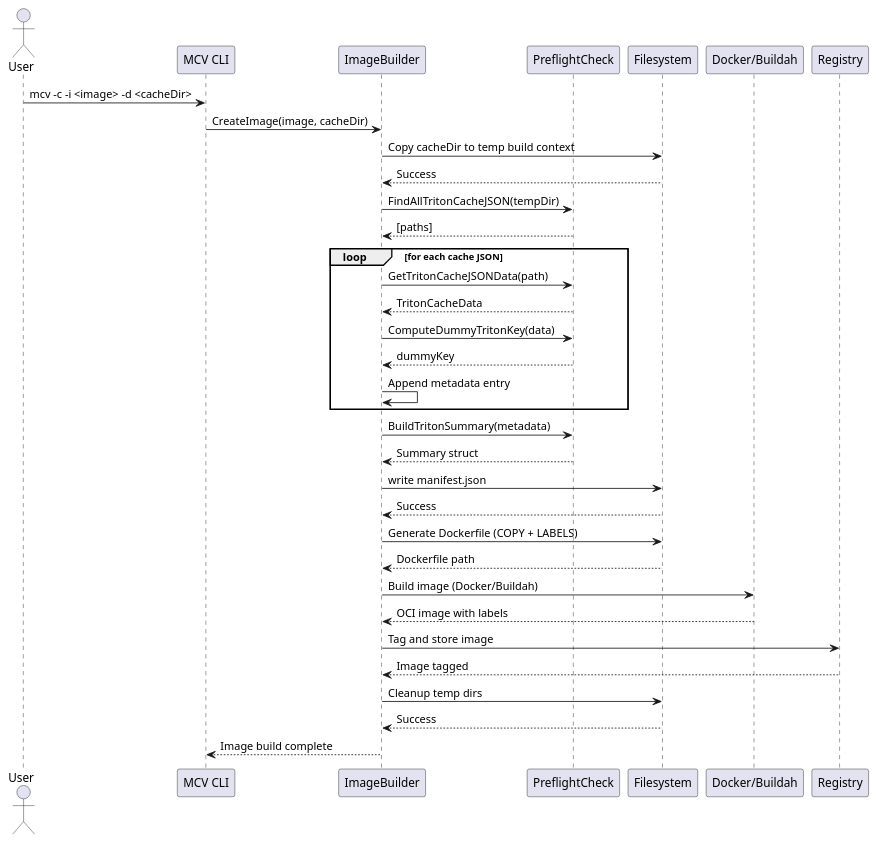
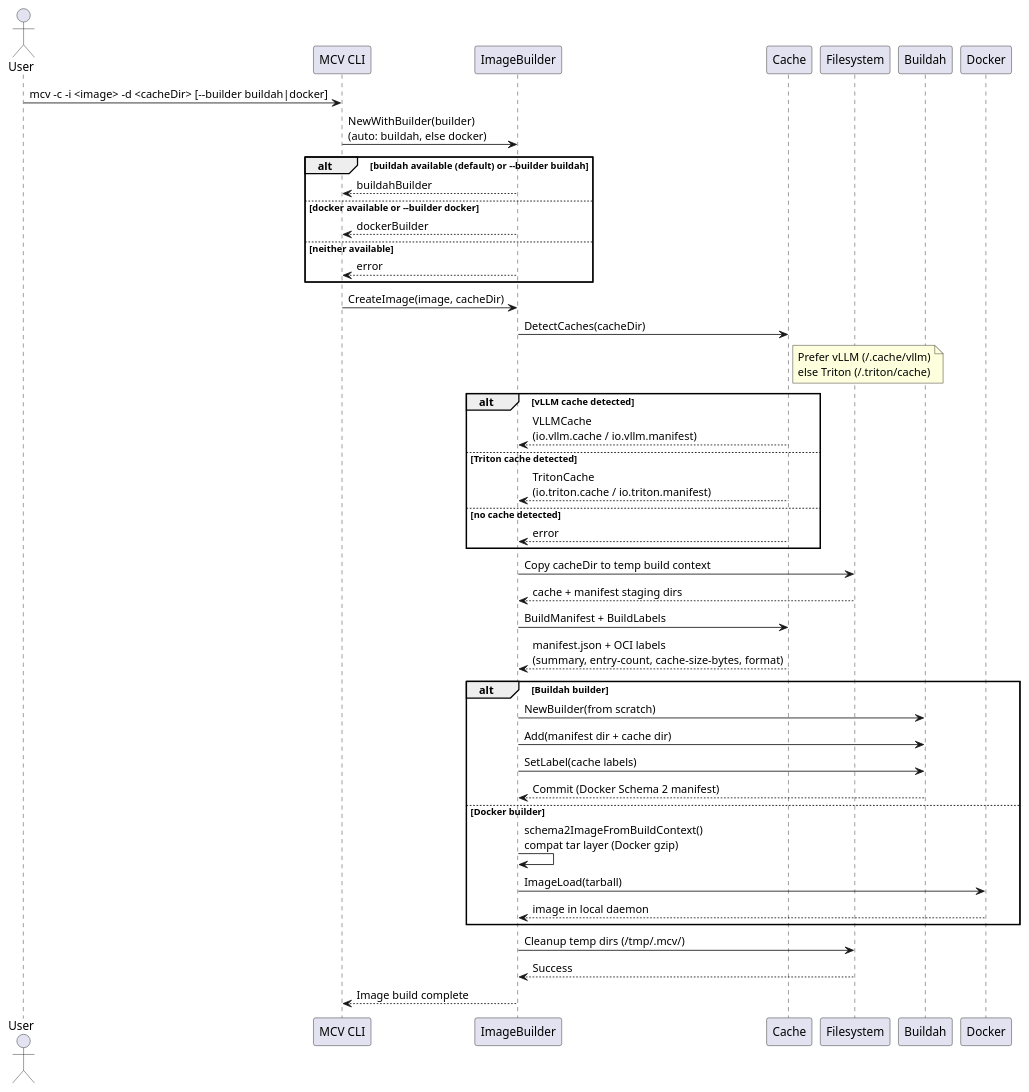
Before and after one commit to redhat-et/GKM: the diagram in mcv/docs/puml/create.puml, drawn with PlantUML. The commit also changed 3 other files, not shown here.

Commit message:
mcv: update plantuml files

```diff
--- a/mcv/docs/puml/create.puml
+++ b/mcv/docs/puml/create.puml
@@ -1,48 +1,58 @@
 @startuml
 actor User
 participant "MCV CLI" as CLI
 participant "ImageBuilder" as Builder
-participant "PreflightCheck" as Check
+participant "Cache" as Cache
 participant "Filesystem" as FS
-participant "Docker/Buildah" as Backend
-participant "Registry" as Registry
+participant "Buildah" as Buildah
+participant "Docker" as Docker
 
-User -> CLI : mcv -c -i <image> -d <cacheDir>
+User -> CLI : mcv -c -i <image> -d <cacheDir> [--builder buildah|docker]
+CLI -> Builder : NewWithBuilder(builder)\n(auto: buildah, else docker)
+
+alt buildah available (default) or --builder buildah
+    Builder --> CLI : buildahBuilder
+else docker available or --builder docker
+    Builder --> CLI : dockerBuilder
+else neither available
+    Builder --> CLI : error
+end
+
 CLI -> Builder : CreateImage(image, cacheDir)
 
-Builder -> FS : Copy cacheDir to temp build context
-FS --> Builder : Success
+Builder -> Cache : DetectCaches(cacheDir)
+note right of Cache
+  Prefer vLLM (~/.cache/vllm)
+  else Triton (~/.triton/cache)
+end note
 
-Builder -> Check : FindAllTritonCacheJSON(tempDir)
-Check --> Builder : [paths]
-
-loop for each cache JSON
-    Builder -> Check : GetTritonCacheJSONData(path)
-    Check --> Builder : TritonCacheData
-
-    Builder -> Check : ComputeDummyTritonKey(data)
-    Check --> Builder : dummyKey
-
-    Builder -> Builder : Append metadata entry
+alt vLLM cache detected
+    Cache --> Builder : VLLMCache\n(io.vllm.cache / io.vllm.manifest)
+else Triton cache detected
+    Cache --> Builder : TritonCache\n(io.triton.cache / io.triton.manifest)
+else no cache detected
+    Cache --> Builder : error
 end
 
-Builder -> Check : BuildTritonSummary(metadata)
-Check --> Builder : Summary struct
+Builder -> FS : Copy cacheDir to temp build context
+FS --> Builder : cache + manifest staging dirs
 
-Builder -> FS : write manifest.json
-FS --> Builder : Success
+Builder -> Cache : BuildManifest + BuildLabels
+Cache --> Builder : manifest.json + OCI labels\n(summary, entry-count, cache-size-bytes, format)
 
-Builder -> FS : Generate Dockerfile (COPY + LABELS)
-FS --> Builder : Dockerfile path
+alt Buildah builder
+    Builder -> Buildah : NewBuilder(from scratch)
+    Builder -> Buildah : Add(manifest dir + cache dir)
+    Builder -> Buildah : SetLabel(cache labels)
+    Buildah --> Builder : Commit (Docker Schema 2 manifest)
+else Docker builder
+    Builder -> Builder : schema2ImageFromBuildContext()\ncompat tar layer (Docker gzip)
+    Builder -> Docker : ImageLoad(tarball)
+    Docker --> Builder : image in local daemon
+end
 
-Builder -> Backend : Build image (Docker/Buildah)
-Backend --> Builder : OCI image with labels
-
-Builder -> Registry : Tag and store image
-Registry --> Builder : Image tagged
-
-Builder -> FS : Cleanup temp dirs
+Builder -> FS : Cleanup temp dirs (/tmp/.mcv/)
 FS --> Builder : Success
 
 Builder --> CLI : Image build complete
 @enduml
```
